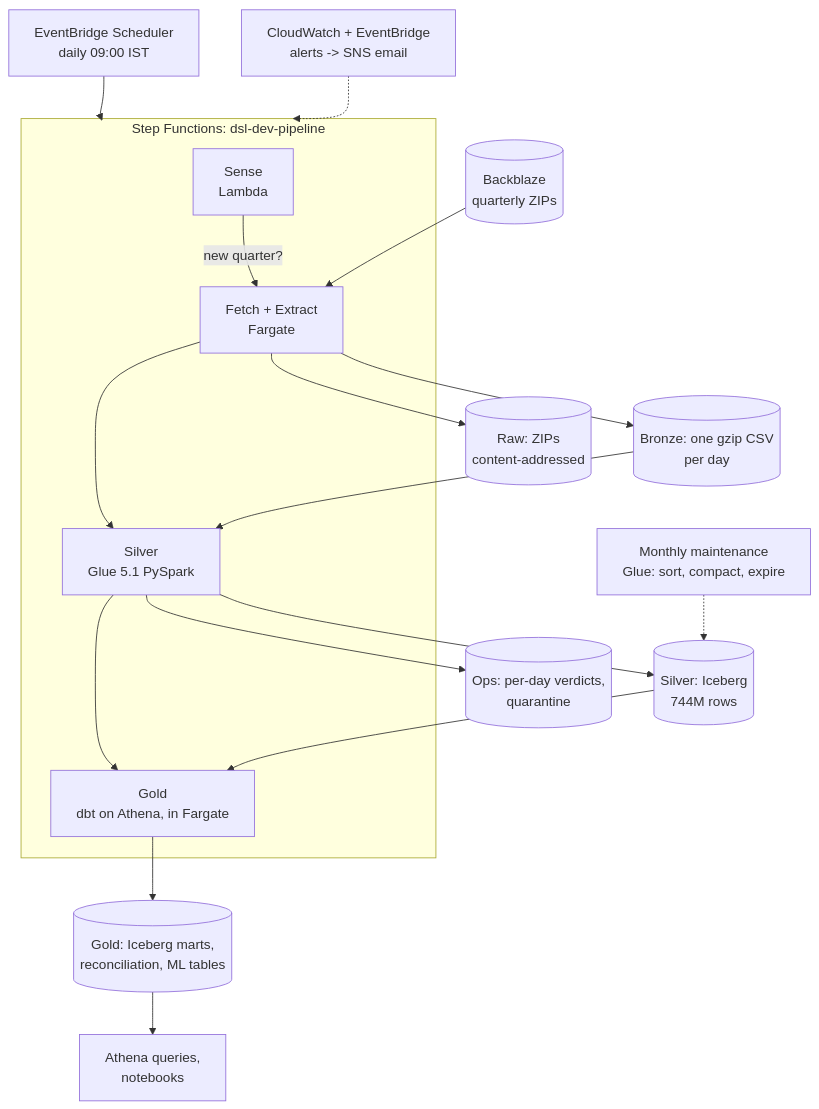
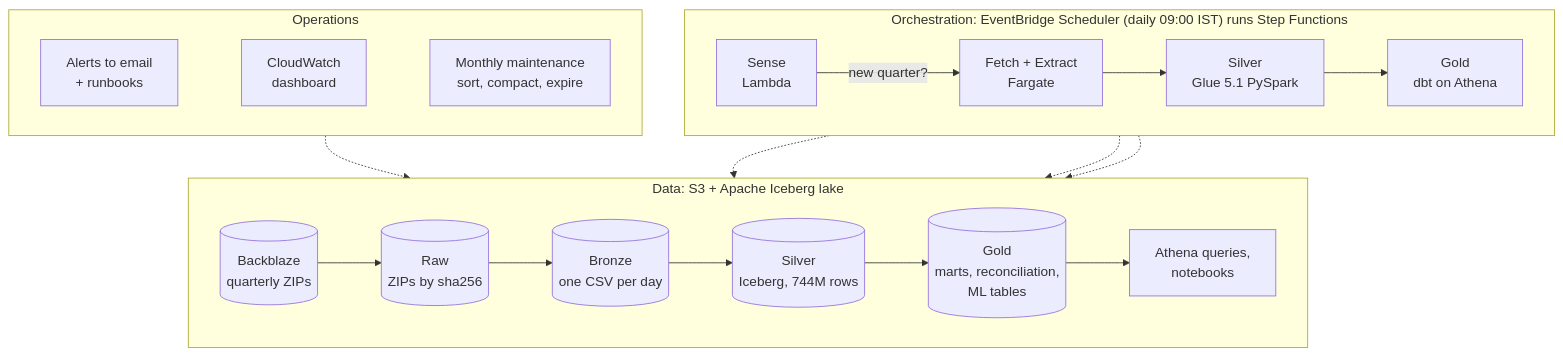
One commit to PRANAV-ADITYA/backblaze-drive-stats-platform changed the diagram in README.md. Above: the diagram before and after it, drawn with Mermaid.

Commit message:
docs: cleaner three-lane architecture diagram

````diff
--- a/README.md
+++ b/README.md
@@ -28,20 +28,19 @@
 ```mermaid
-flowchart TD
-    S[EventBridge Scheduler<br/>daily 09:00 IST] --> SF
-    subgraph SF[Step Functions: dsl-dev-pipeline]
-        A[Sense<br/>Lambda] -->|new quarter?| B[Fetch + Extract<br/>Fargate]
-        B --> C[Silver<br/>Glue 5.1 PySpark]
-        C --> D[Gold<br/>dbt on Athena, in Fargate]
+flowchart TB
+    subgraph ORCH["Orchestration: EventBridge Scheduler (daily 09:00 IST) runs Step Functions"]
+        direction LR
+        O1[Sense<br/>Lambda] -->|new quarter?| O2[Fetch + Extract<br/>Fargate] --> O3[Silver<br/>Glue 5.1 PySpark] --> O4[Gold<br/>dbt on Athena]
     end
-    BB[(Backblaze<br/>quarterly ZIPs)] --> B
-    B --> RAW[(Raw: ZIPs<br/>content-addressed)]
-    B --> BRZ[(Bronze: one gzip CSV<br/>per day)]
-    BRZ --> C
-    C --> SIL[(Silver: Iceberg<br/>744M rows)]
-    C --> OPS[(Ops: per-day verdicts,<br/>quarantine)]
-    SIL --> D
-    D --> GOLD[(Gold: Iceberg marts,<br/>reconciliation, ML tables)]
-    GOLD --> Q[Athena queries,<br/>notebooks]
-    M[Monthly maintenance<br/>Glue: sort, compact, expire] -.-> SIL
-    AL[CloudWatch + EventBridge<br/>alerts -> SNS email] -.-> SF
+    subgraph DATA["Data: S3 + Apache Iceberg lake"]
+        direction LR
+        BB[(Backblaze<br/>quarterly ZIPs)] --> RAW[(Raw<br/>ZIPs by sha256)] --> BRZ[(Bronze<br/>one CSV per day)] --> SIL[(Silver<br/>Iceberg, 744M rows)] --> GOLD[(Gold<br/>marts, reconciliation,<br/>ML tables)] --> USE[Athena queries,<br/>notebooks]
+    end
+    subgraph OPS["Operations"]
+        direction LR
+        AL[Alerts to email<br/>+ runbooks] ~~~ DB[CloudWatch<br/>dashboard] ~~~ MT[Monthly maintenance<br/>sort, compact, expire]
+    end
+    O2 -.-> RAW
+    O3 -.-> SIL
+    O4 -.-> GOLD
+    MT -.-> SIL
 ```
````
